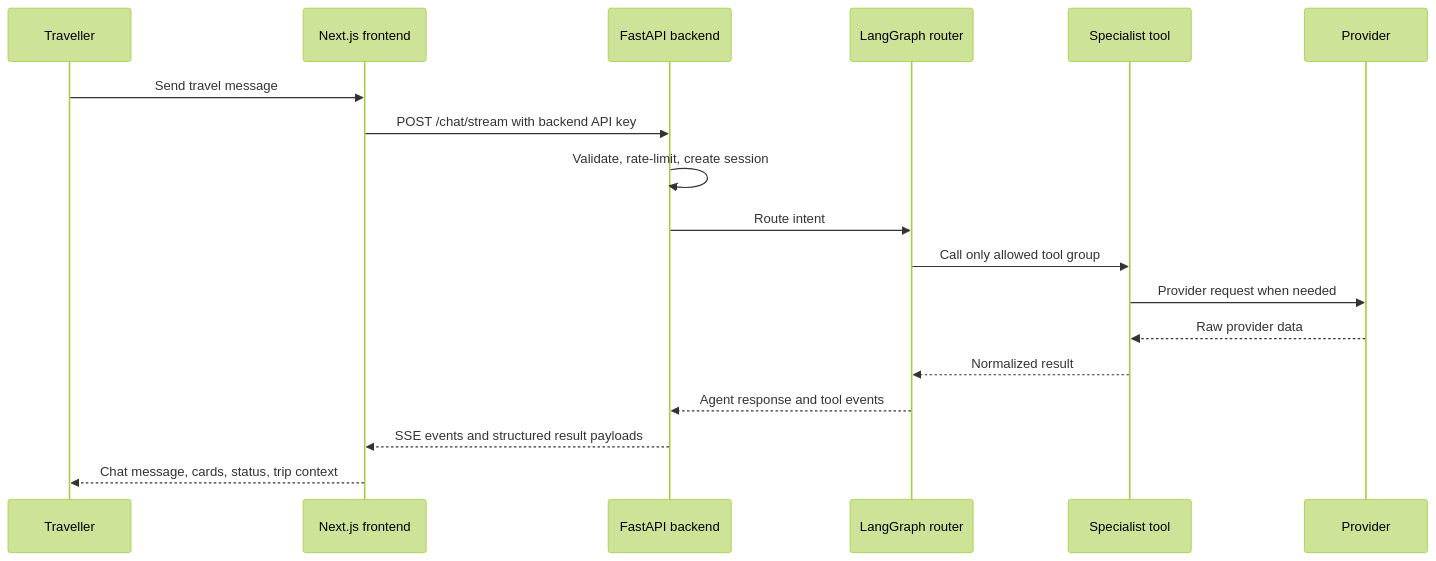
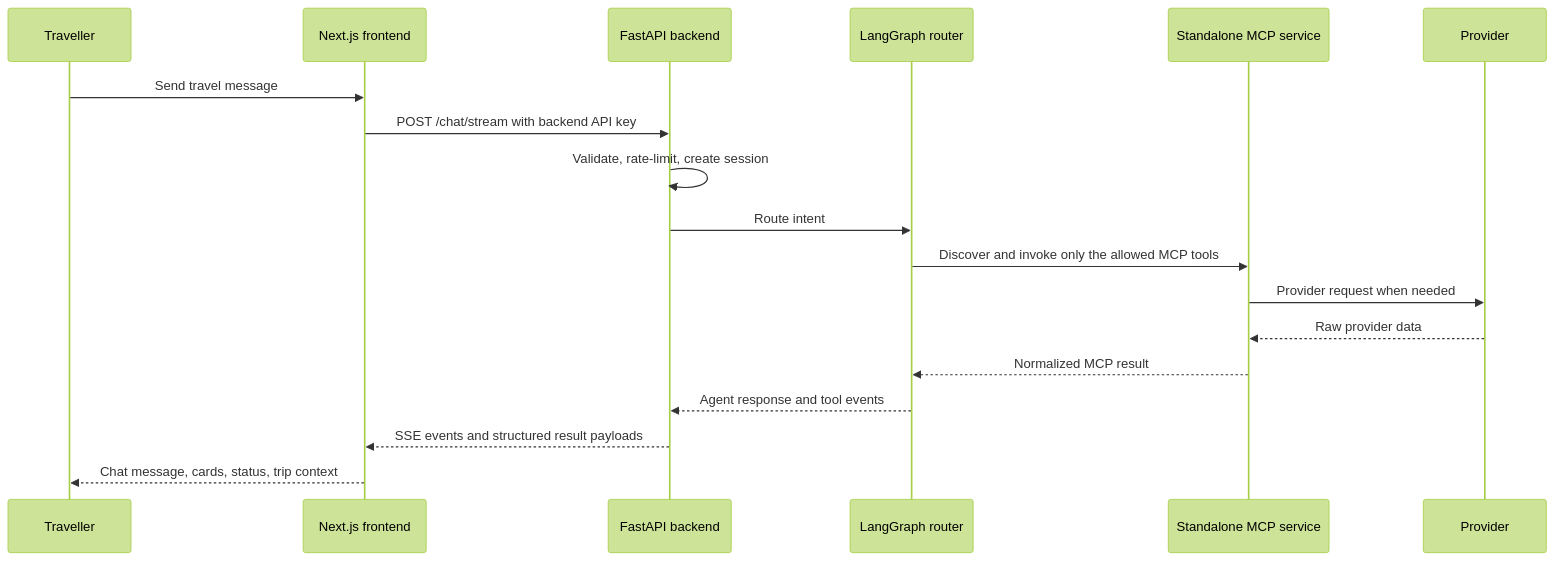
The third of 4 diagrams in README.md (AmiruMallawarachchi/multi-agent-travel-planner), drawn with Mermaid (forest theme) before and after one commit. The commit also changed other lines of this file and 4 other files, not shown here.

Commit message:
docs(architecture): document assessed mcp deployment

````diff
--- a/README.md
+++ b/README.md
@@ -104,21 +107,21 @@
 ```mermaid
 sequenceDiagram
     participant U as Traveller
     participant F as Next.js frontend
     participant B as FastAPI backend
     participant G as LangGraph router
-    participant T as Specialist tool
+    participant M as Standalone MCP service
     participant P as Provider
 
     U->>F: Send travel message
     F->>B: POST /chat/stream with backend API key
     B->>B: Validate, rate-limit, create session
     B->>G: Route intent
-    G->>T: Call only allowed tool group
-    T->>P: Provider request when needed
-    P-->>T: Raw provider data
-    T-->>G: Normalized result
+    G->>M: Discover and invoke only the allowed MCP tools
+    M->>P: Provider request when needed
+    P-->>M: Raw provider data
+    M-->>G: Normalized MCP result
     G-->>B: Agent response and tool events
     B-->>F: SSE events and structured result payloads
     F-->>U: Chat message, cards, status, trip context
 ```
````
